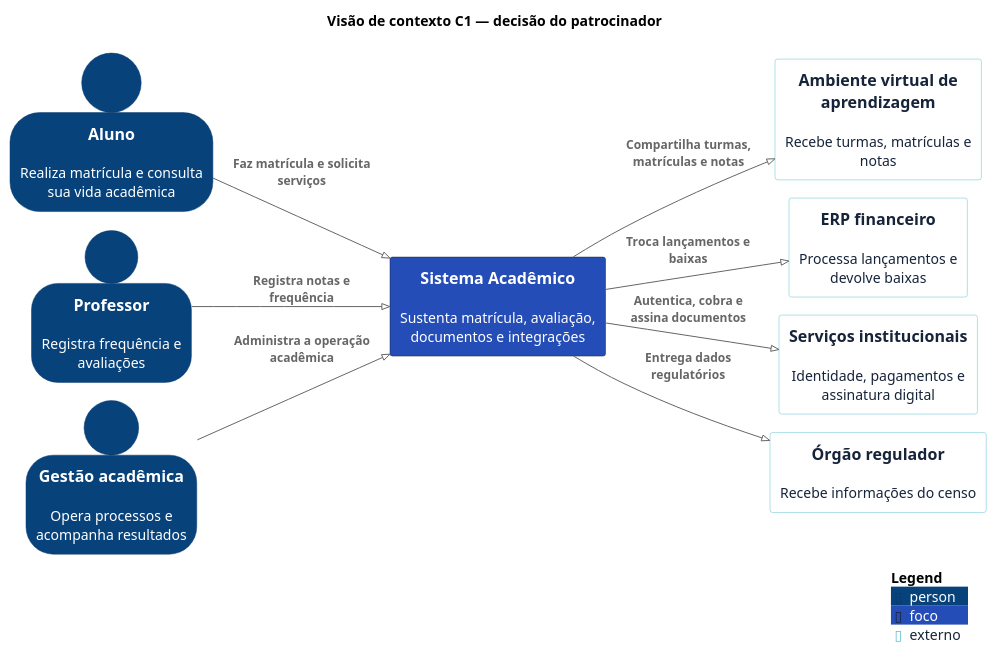
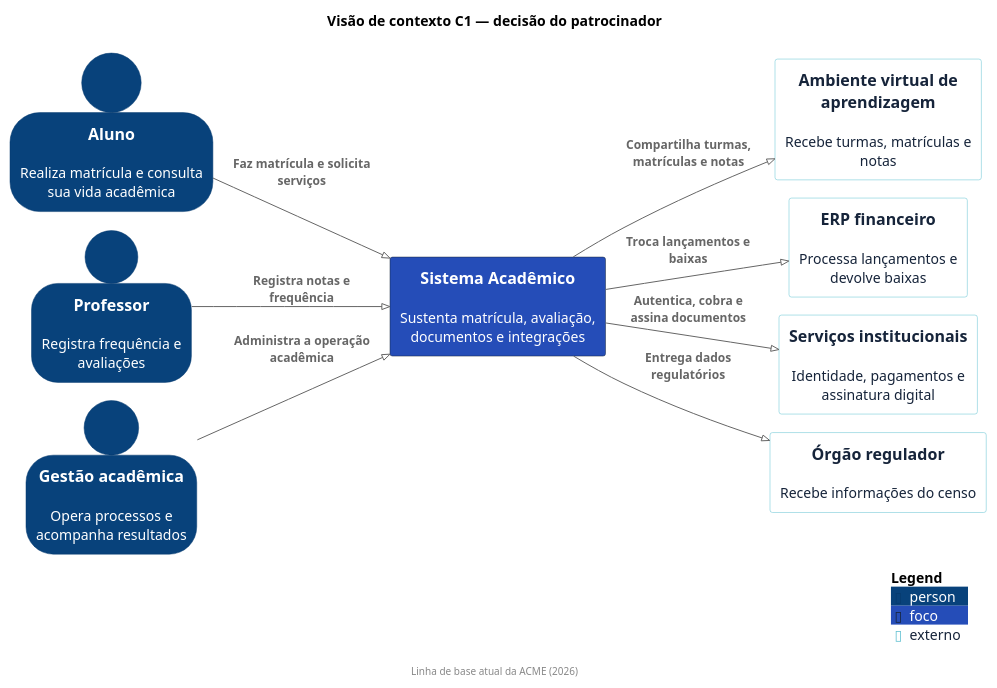
The diagram in docs/assets/diagrams/modulo-2-visao-contexto-patrocinador.puml (aulas-marco/projeto-arquitetura-software), drawn with PlantUML before and after one commit. The commit also changed 5 other files, not shown here.

Commit message:
docs(aula-2): identifica visoes da linha de base

```diff
--- a/docs/assets/diagrams/modulo-2-visao-contexto-patrocinador.puml
+++ b/docs/assets/diagrams/modulo-2-visao-contexto-patrocinador.puml
@@ -1,33 +1,34 @@
 @startuml
 !pragma layout smetana
 !include <C4/C4_Context>
 
 title Visão de contexto C1 — decisão do patrocinador
+footer Linha de base atual da ACME (2026)
 LAYOUT_LEFT_RIGHT()
 HIDE_STEREOTYPE()
 SHOW_PERSON_OUTLINE()
 
 AddElementTag("foco", $bgColor="#254DB8", $fontColor="#FFFFFF", $borderColor="#16243A")
 AddElementTag("externo", $bgColor="#FFFFFF", $fontColor="#16243A", $borderColor="#5FC0D1")
 
 Person(aluno, "Aluno", "Realiza matrícula e consulta sua vida acadêmica")
 Person(professor, "Professor", "Registra frequência e avaliações")
 Person(gestao, "Gestão acadêmica", "Opera processos e acompanha resultados")
 
 System(acad, "Sistema Acadêmico", "Sustenta matrícula, avaliação, documentos e integrações", $tags="foco")
 
 System_Ext(ava, "Ambiente virtual de aprendizagem", "Recebe turmas, matrículas e notas", $tags="externo")
 System_Ext(erp, "ERP financeiro", "Processa lançamentos e devolve baixas", $tags="externo")
 System_Ext(servicos, "Serviços institucionais", "Identidade, pagamentos e assinatura digital", $tags="externo")
 System_Ext(regulador, "Órgão regulador", "Recebe informações do censo", $tags="externo")
 
 Rel(aluno, acad, "Faz matrícula e solicita serviços")
 Rel(professor, acad, "Registra notas e frequência")
 Rel(gestao, acad, "Administra a operação acadêmica")
 Rel(acad, ava, "Compartilha turmas, matrículas e notas")
 Rel(acad, erp, "Troca lançamentos e baixas")
 Rel(acad, servicos, "Autentica, cobra e assina documentos")
 Rel(acad, regulador, "Entrega dados regulatórios")
 
 SHOW_LEGEND()
 @enduml
```
